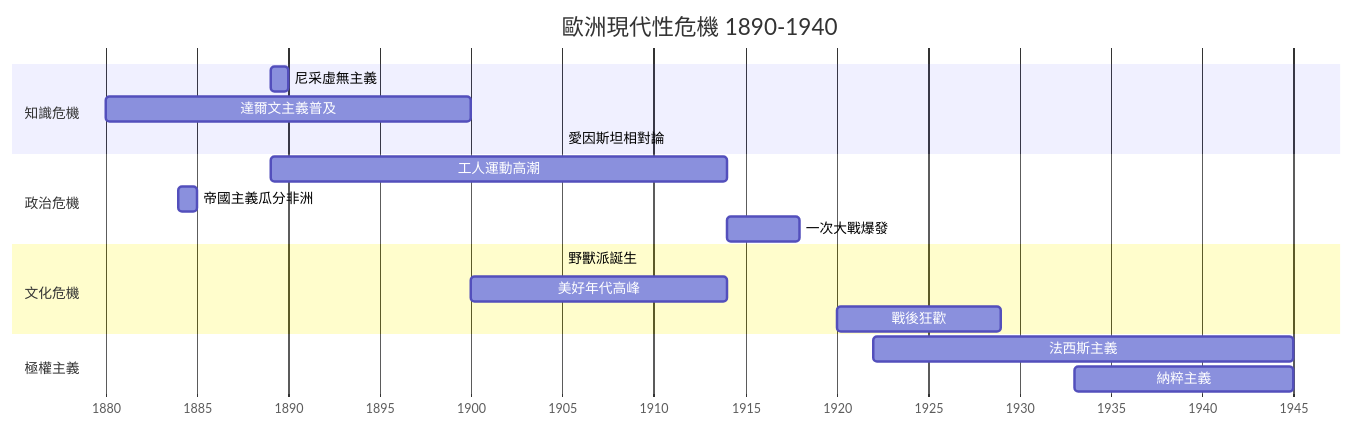
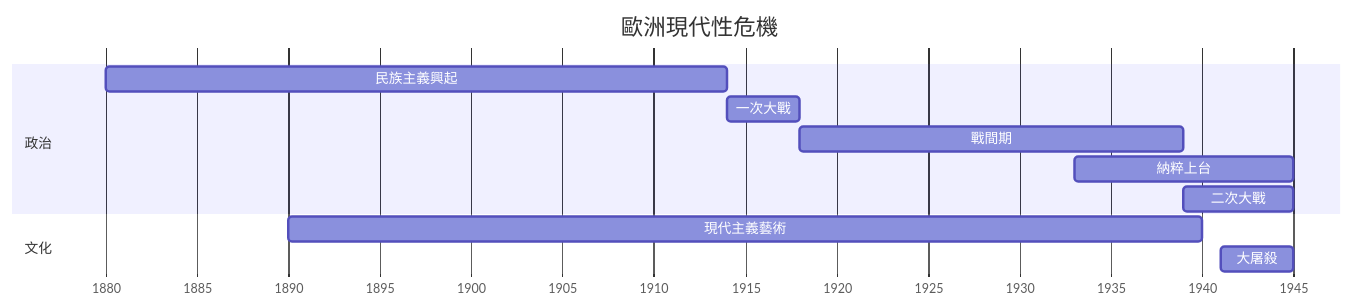
Before and after one commit to yip-lgtm/HKU-Harvard-History-Self-Study: the sixth of 10 diagrams in 01_HKU_Courses/HIST2063_Europe_and_modernity.md, drawn with Mermaid. The commit also changed other lines of this file and 25 other files, not shown here.

````diff
--- a/01_HKU_Courses/HIST2063_Europe_and_modernity.md
+++ b/01_HKU_Courses/HIST2063_Europe_and_modernity.md
@@ -174,21 +286,15 @@
 ```mermaid
 gantt
-    title 歐洲現代性危機 1890-1940
+    title 歐洲現代性危機
     dateFormat  YYYY
     axisFormat  %Y
-    section 知識危機
-    尼采虛無主義    :1889, 1890
-    達爾文主義普及    :1880, 1900
-    愛因斯坦相對論    :1905, 1905
-    section 政治危機
-    工人運動高潮    :1889, 1914
-    帝國主義瓜分非洲    :1884, 1885
-    一次大戰爆發    :1914, 1918
-    section 文化危機
-    野獸派誕生    :1905, 1905
-    美好年代高峰    :1900, 1914
-    戰後狂歡    :1920, 1929
-    section 極權主義
-    法西斯主義    :1922, 1945
-    納粹主義    :1933, 1945
+    section 政治
+    民族主義興起    :1880, 1914
+    一次大戰    :1914, 1918
+    戰間期    :1918, 1939
+    納粹上台    :1933, 1945
+    二次大戰    :1939, 1945
+    section 文化
+    現代主義藝術    :1890, 1940
+    大屠殺    :1941, 1945
 ```
````
